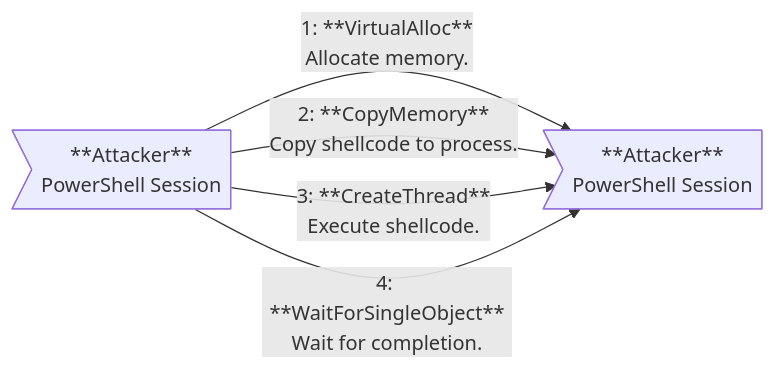
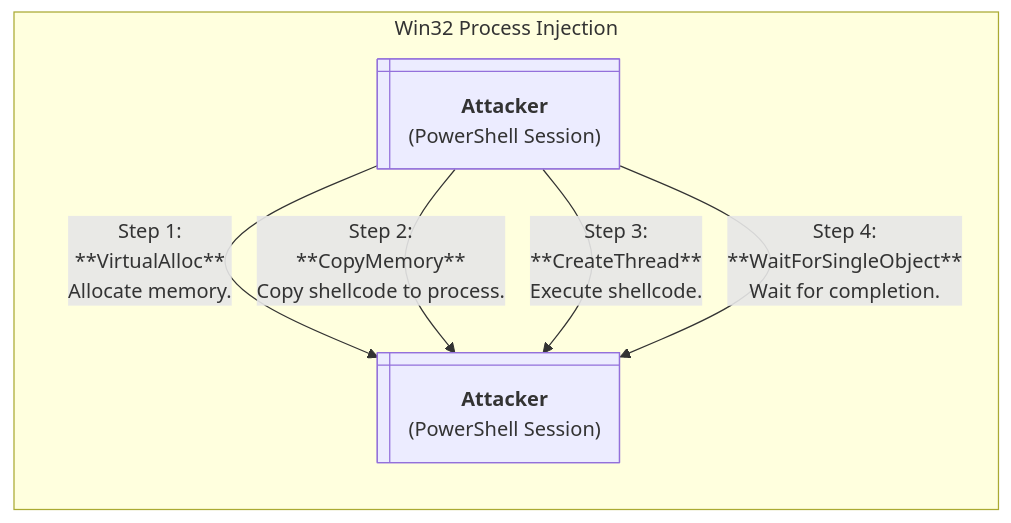
One commit to tylerdotrar/ShellcodeLoaderPS changed the first of 3 diagrams in README.md. Above: the diagram before and after it, drawn with Mermaid. The commit also changed other lines of this file, not shown here.

Commit message:
Fixed mermaid diagrams within Tech Roadmap.

````diff
--- a/README.md
+++ b/README.md
@@ -48,13 +51,14 @@
 ```mermaid
 flowchart LR
 
 %% Establish Processes
-PS>**Attacker**<br>PowerShell Session]
-Proc>**Attacker**<br>PowerShell Session]
+PS@{ shape: win-pane, label: "<b>Attacker</b><br>(PowerShell Session)" }
+Proc@{ shape: win-pane, label: "<b>Attacker</b><br>(PowerShell Session)" }
 
-%% Execution Chain
-PS --> | 1: **VirtualAlloc**<br>Allocate memory.  | Proc
-PS --> | 2: **CopyMemory**<br>Copy shellcode to process. | Proc
-PS --> | 3: **CreateThread**<br>Execute shellcode. | Proc
-PS --> | 4: **WaitForSingleObject**<br>Wait for completion. | Proc
+subgraph Win32 Process Injection
+  PS --> | Step 1:<br>**VirtualAlloc**<br>Allocate memory.  | Proc
+  PS --> | Step 2:<br>**CopyMemory**<br>Copy shellcode to process. | Proc
+  PS --> | Step 3:<br>**CreateThread**<br>Execute shellcode. | Proc
+  PS --> | Step 4:<br>**WaitForSingleObject**<br>Wait for completion. | Proc
+end
 ```
````
